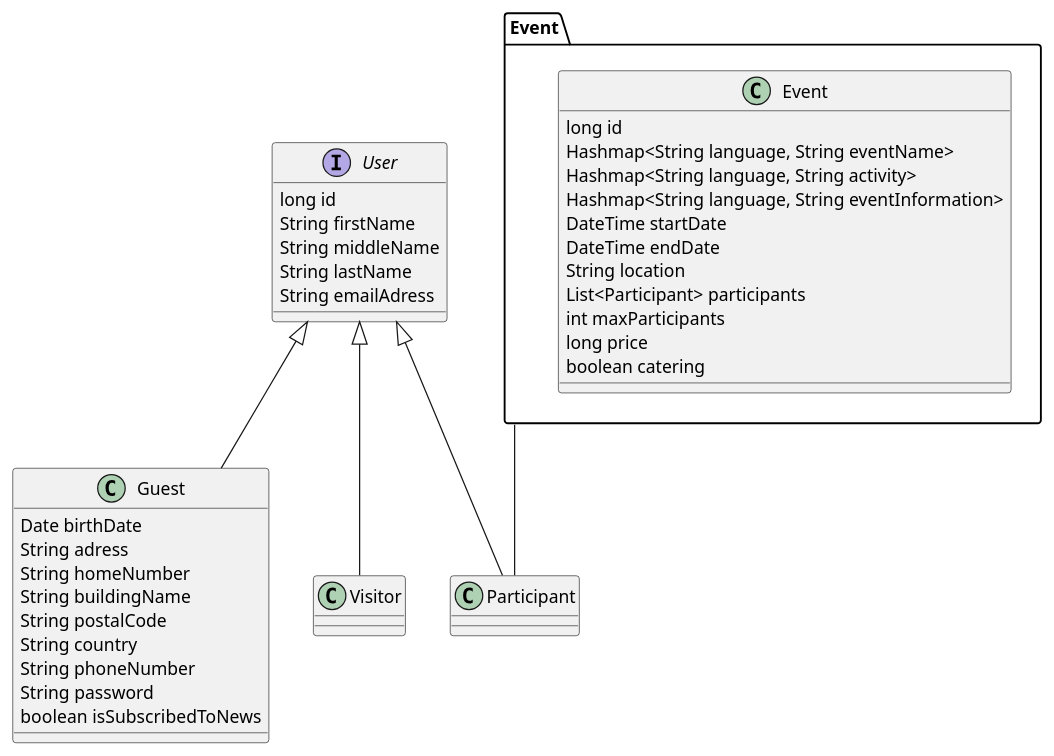
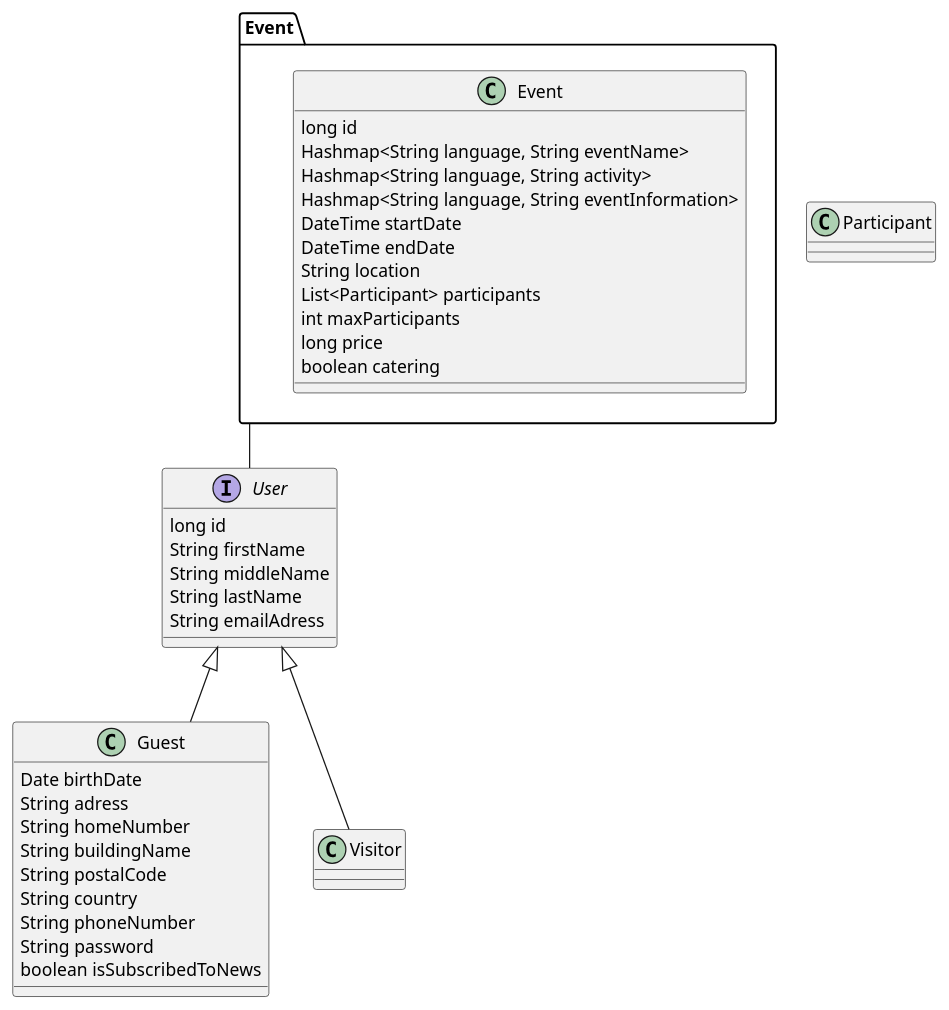
One commit to mrjink/molveno changed the diagram in src/main/docs/uml/classdiagram/classdiagram.puml. Above: the diagram before and after it, drawn with PlantUML.

```diff
--- a/src/main/docs/uml/classdiagram/classdiagram.puml
+++ b/src/main/docs/uml/classdiagram/classdiagram.puml
@@ -1,54 +1,49 @@
 @startuml
 
 interface User{
     long id
     String firstName
     String middleName
     String lastName
     String emailAdress
 }
 
 class Guest{
     Date birthDate
     String adress
     String homeNumber
     String buildingName
     String postalCode
     String country
     String phoneNumber
     String password
     boolean isSubscribedToNews
 }
 
 class Participant{
 
 }
 
-class Visitor{
-
-}
-User <|-- Participant
 User <|-- Guest
 User <|-- Visitor
 
 package Event {
     class Event{
         long id
         Hashmap<String language, String eventName>
         Hashmap<String language, String activity>
         Hashmap<String language, String eventInformation>
         DateTime startDate
         DateTime endDate
         String location
         List<Participant> participants
         int maxParticipants
         long price
         boolean catering
     }
 
 }
 
-Event -- Participant
-
+Event -- User
 
 @enduml
```
